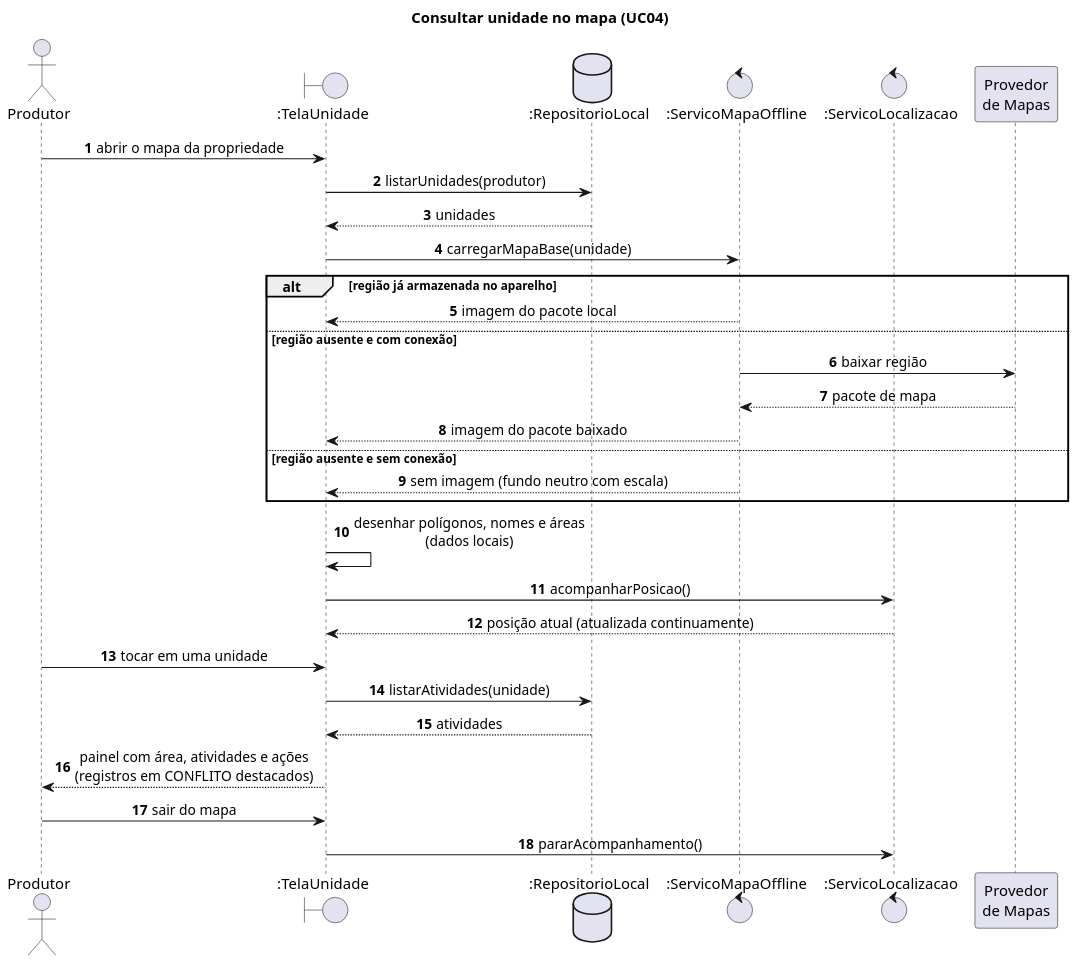
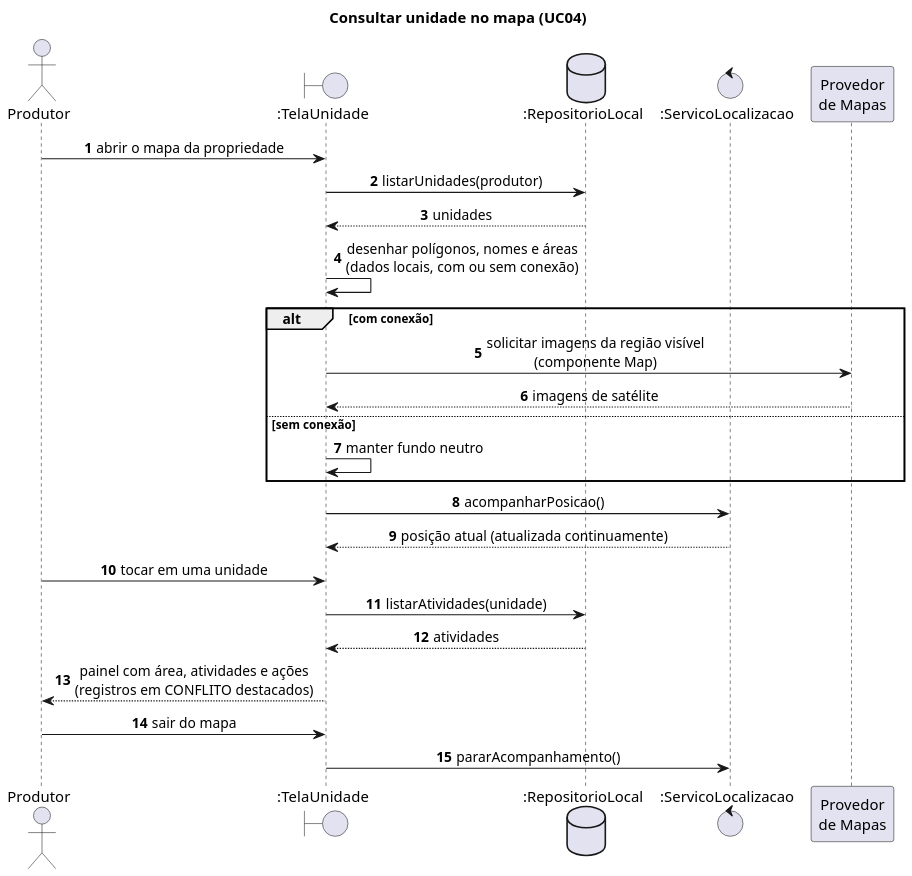
Before and after one commit to rpomar/AgroManejo: the diagram in entrega-basica/diagramas/seq-consultar-unidade.puml, drawn with PlantUML. The commit also changed 26 other files, not shown here.

```diff
--- a/entrega-basica/diagramas/seq-consultar-unidade.puml
+++ b/entrega-basica/diagramas/seq-consultar-unidade.puml
@@ -1,38 +1,33 @@
 @startuml seq-consultar-unidade
 skinparam dpi 150
 skinparam defaultFontName Arial
 skinparam shadowing false
 skinparam sequenceMessageAlign center
 autonumber
 title Consultar unidade no mapa (UC04)
 
 actor Produtor
 boundary ":TelaUnidade" as T
 database ":RepositorioLocal" as R
-control ":ServicoMapaOffline" as MO
 control ":ServicoLocalizacao" as L
 participant "Provedor\nde Mapas" as M
 
 Produtor -> T : abrir o mapa da propriedade
 T -> R : listarUnidades(produtor)
 R --> T : unidades
-T -> MO : carregarMapaBase(unidade)
-alt região já armazenada no aparelho
-  MO --> T : imagem do pacote local
-else região ausente e com conexão
-  MO -> M : baixar região
-  M --> MO : pacote de mapa
-  MO --> T : imagem do pacote baixado
-else região ausente e sem conexão
-  MO --> T : sem imagem (fundo neutro com escala)
+T -> T : desenhar polígonos, nomes e áreas\n(dados locais, com ou sem conexão)
+alt com conexão
+  T -> M : solicitar imagens da região visível\n(componente Map)
+  M --> T : imagens de satélite
+else sem conexão
+  T -> T : manter fundo neutro
 end
-T -> T : desenhar polígonos, nomes e áreas\n(dados locais)
 T -> L : acompanharPosicao()
 L --> T : posição atual (atualizada continuamente)
 Produtor -> T : tocar em uma unidade
 T -> R : listarAtividades(unidade)
 R --> T : atividades
 T --> Produtor : painel com área, atividades e ações\n(registros em CONFLITO destacados)
 Produtor -> T : sair do mapa
 T -> L : pararAcompanhamento()
 @enduml
```
